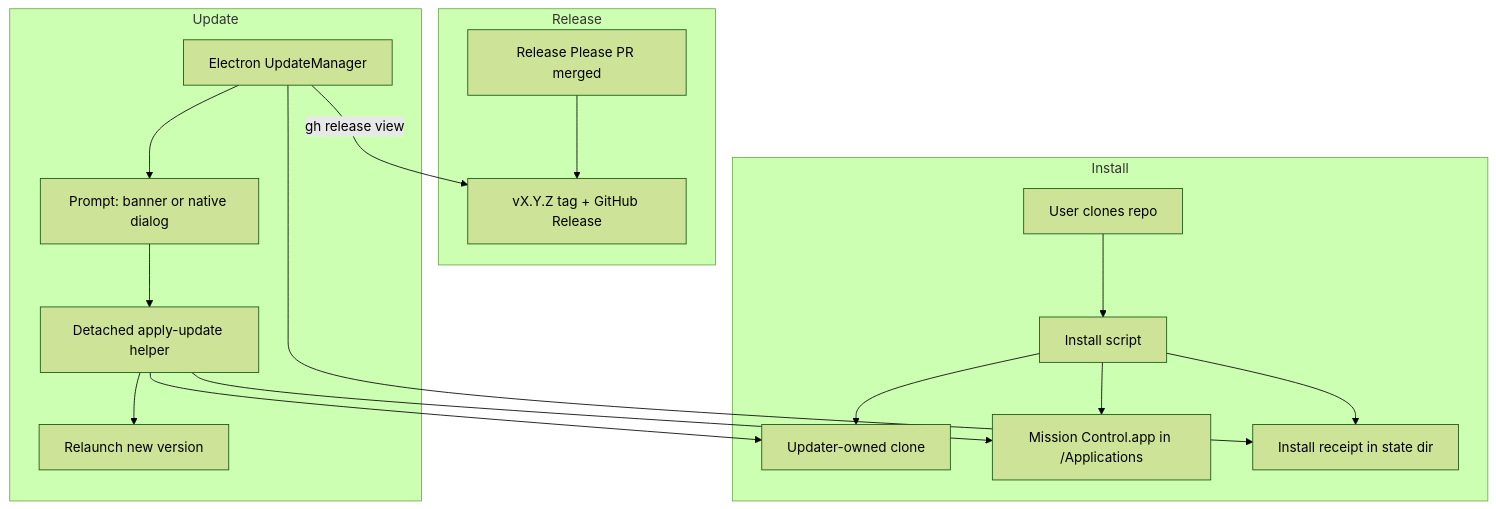
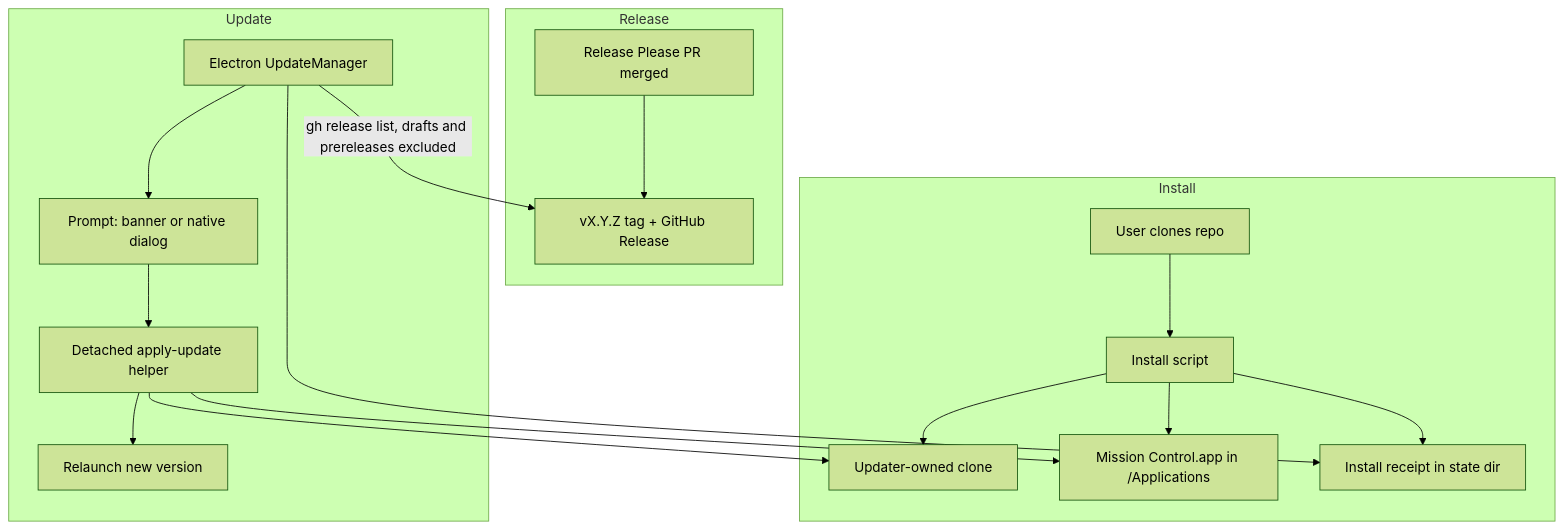
The diagram in docs/plans/self-updating-local-install/plan.md (teamupstart/mission-control), drawn with Mermaid (forest theme) before and after one commit. The commit also changed other lines of this file and 1 other file, not shown here.

First line of the commit message:
docs: name the filtered release-selection contract in the root plan

````diff
--- a/docs/plans/self-updating-local-install/plan.md
+++ b/docs/plans/self-updating-local-install/plan.md
@@ -135,21 +136,21 @@
 ```mermaid
 flowchart TB
   subgraph Release
     RP[Release Please PR merged] --> Tag[vX.Y.Z tag + GitHub Release]
   end
   subgraph Install
     Clone[User clones repo] --> Script[Install script]
     Script --> Src[Updater-owned clone]
     Script --> App[Mission Control.app in /Applications]
     Script --> Receipt[Install receipt in state dir]
   end
   subgraph Update
-    Main[Electron UpdateManager] -->|gh release view| Tag
+    Main[Electron UpdateManager] -->|"gh release list, drafts and prereleases excluded"| Tag
     Main --> Receipt
     Main --> Prompt[Prompt: banner or native dialog]
     Prompt --> Helper[Detached apply-update helper]
     Helper --> Src
     Helper --> App
     Helper --> Relaunch[Relaunch new version]
   end
 ```
````
